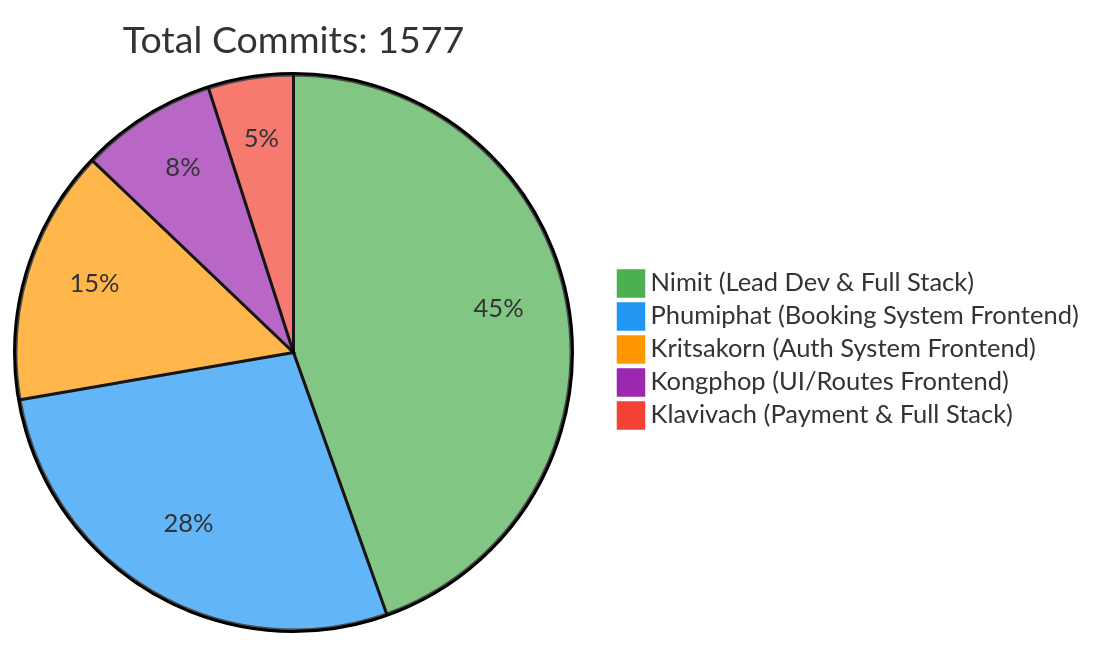
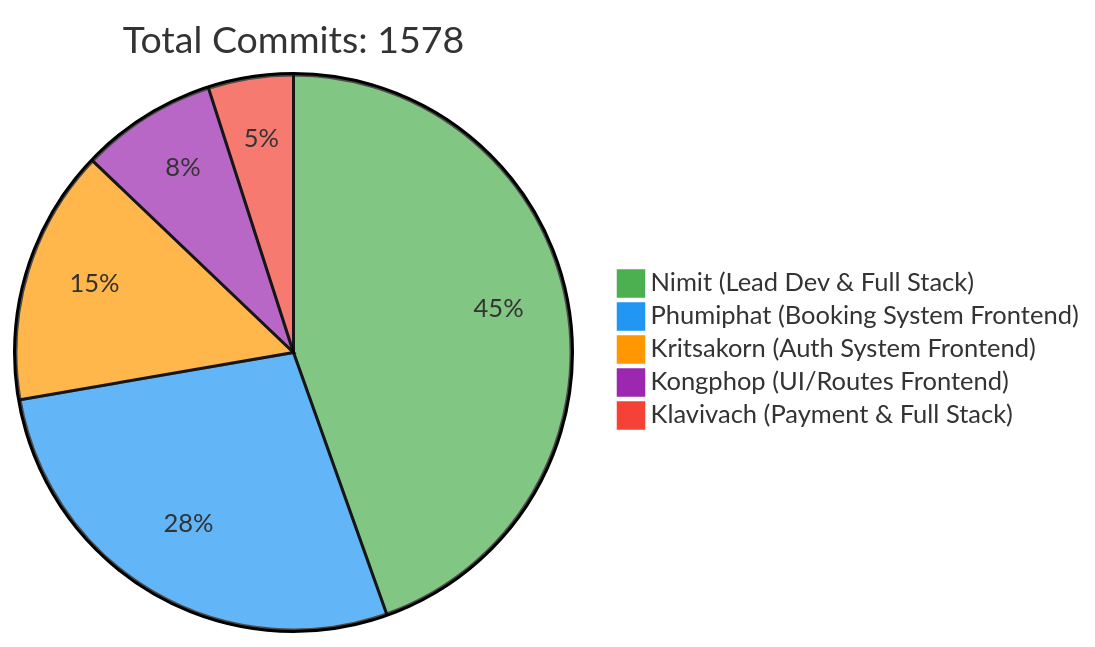
Before and after one commit to 6531503042/Sport-Complex: the first of 2 diagrams in README.md, drawn with Mermaid. The commit also changed other lines of this file, not shown here.

Commit message:
docs: Update contributor statistics [skip ci]

````diff
--- a/README.md
+++ b/README.md
@@ -257,10 +257,10 @@
 ```mermaid
 %%{init: {'theme': 'base', 'themeVariables': { 'pie1': '#4CAF50', 'pie2': '#2196F3', 'pie3': '#FF9800', 'pie4': '#9C27B0', 'pie5': '#F44336'}}}%%
 pie
-    title Total Commits: 1577
+    title Total Commits: 1578
     "Nimit (Lead Dev & Full Stack)" : 450
     "Phumiphat (Booking System Frontend)" : 280
     "Kritsakorn (Auth System Frontend)" : 150
     "Kongphop (UI/Routes Frontend)" : 80
     "Klavivach (Payment & Full Stack)" : 50
 ```
````
